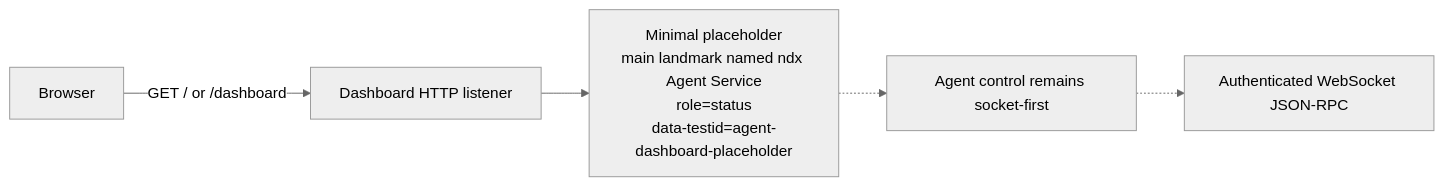
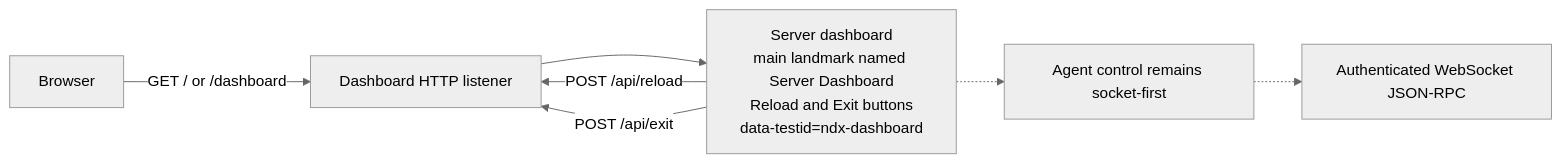
Diagram 18 of 20 in docs/system-architecture-ko.md (hikaMaeng/ndx), drawn with Mermaid (neutral theme) before and after one commit. The commit also changed other lines of this file and 17 other files, not shown here.

Commit message:
Add server dashboard controls

````diff
--- a/docs/system-architecture-ko.md
+++ b/docs/system-architecture-ko.md
@@ -659,11 +659,13 @@
 ```mermaid
 flowchart LR
   browser["Browser"]
   http["Dashboard HTTP listener"]
-  page["Minimal placeholder\nmain landmark named ndx Agent Service\nrole=status\ndata-testid=agent-dashboard-placeholder"]
+  page["Server dashboard\nmain landmark named Server Dashboard\nReload and Exit buttons\ndata-testid=ndx-dashboard"]
   socket["Authenticated WebSocket JSON-RPC"]
   note["Agent control remains socket-first"]
 
   browser -->|"GET / or /dashboard"| http --> page
+  page -->|"POST /api/reload"| http
+  page -->|"POST /api/exit"| http
   page -.-> note -.-> socket
 ```
````
